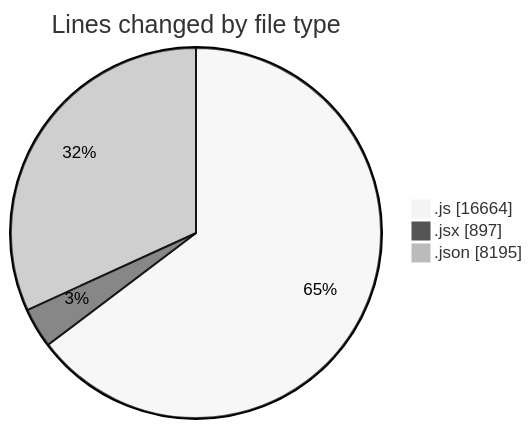
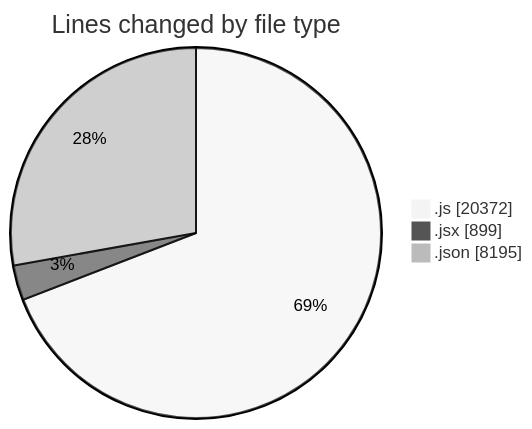
One commit to nxtqubesakshisongat/code-tracking changed the first of 2 diagrams in 2025-12-09/nxtqube_webapp/README.md. Above: the diagram before and after it, drawn with Mermaid (neutral theme). The commit also changed other lines of this file and 1 other file, not shown here.

````diff
--- a/2025-12-09/nxtqube_webapp/README.md
+++ b/2025-12-09/nxtqube_webapp/README.md
@@ -24,7 +24,7 @@
 ```mermaid
 pie showData
 title Lines changed by file type
-".js" : 16664
-".jsx" : 897
+".js" : 20372
+".jsx" : 899
 ".json" : 8195
 ```
````
